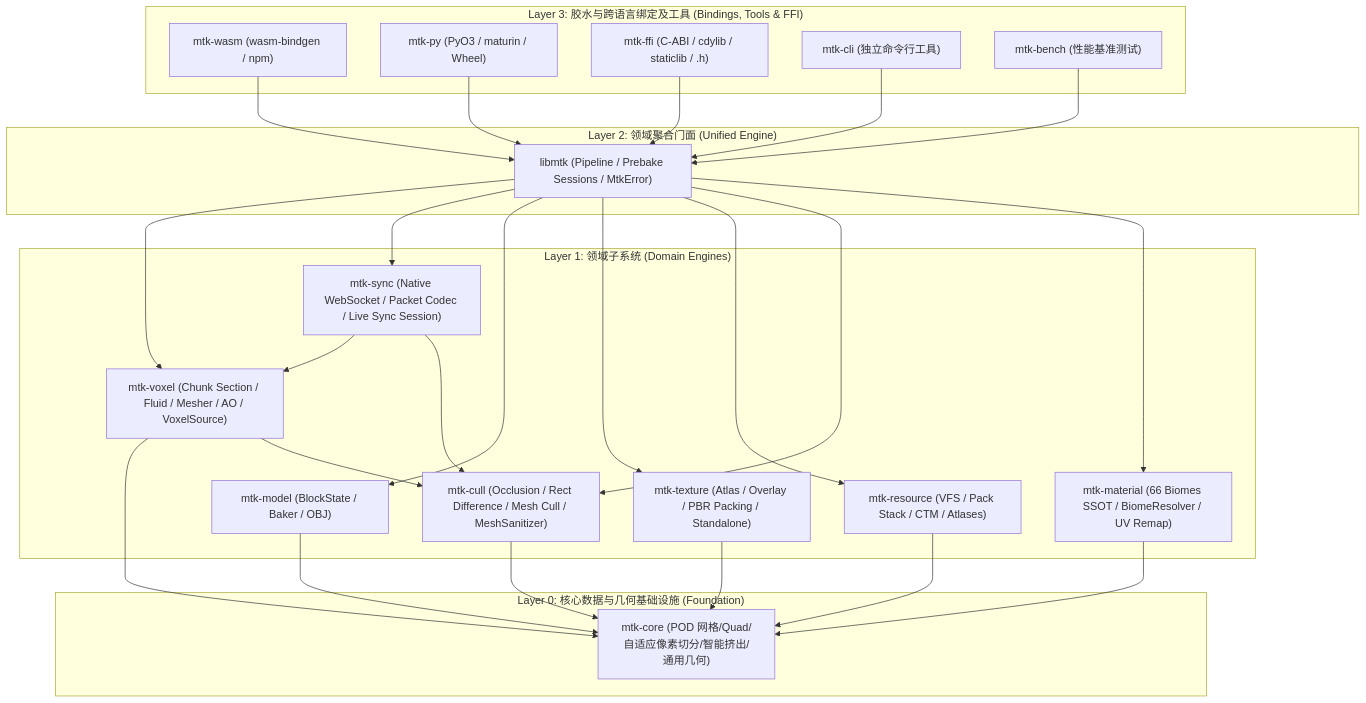
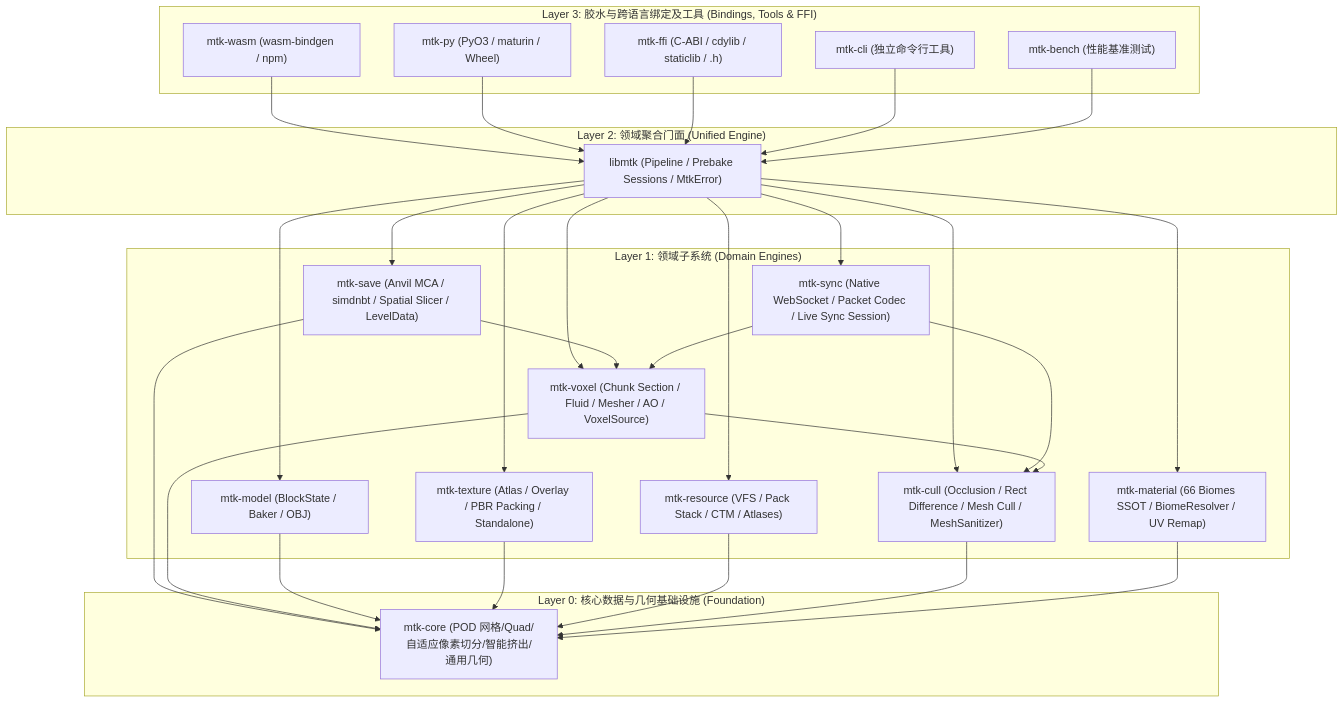
The diagram in docs/ARCHITECTURE.md (mozi1924/libmozitoolkit), drawn with Mermaid before and after one commit. The commit also changed other lines of this file and 19 other files, not shown here.

First line of the commit message:
feat(save): implement mtk-save crate and Python bindings for Minecraft saves

````diff
--- a/docs/ARCHITECTURE.md
+++ b/docs/ARCHITECTURE.md
@@ -18,52 +18,57 @@
 ```mermaid
 graph TD
     subgraph Layer3_Bindings["Layer 3: 胶水与跨语言绑定及工具 (Bindings, Tools & FFI)"]
         WASM["mtk-wasm (wasm-bindgen / npm)"]
         PY["mtk-py (PyO3 / maturin / Wheel)"]
         FFI["mtk-ffi (C-ABI / cdylib / staticlib / .h)"]
         CLI["mtk-cli (独立命令行工具)"]
         BENCH["mtk-bench (性能基准测试)"]
     end
 
     subgraph Layer2_Facade["Layer 2: 领域聚合门面 (Unified Engine)"]
         LIBMTK["libmtk (Pipeline / Prebake Sessions / MtkError)"]
     end
 
     subgraph Layer1_Domain["Layer 1: 领域子系统 (Domain Engines)"]
         VOXEL["mtk-voxel (Chunk Section / Fluid / Mesher / AO / VoxelSource)"]
         SYNC["mtk-sync (Native WebSocket / Packet Codec / Live Sync Session)"]
         MODEL["mtk-model (BlockState / Baker / OBJ)"]
         TEXTURE["mtk-texture (Atlas / Overlay / PBR Packing / Standalone)"]
         RESOURCE["mtk-resource (VFS / Pack Stack / CTM / Atlases)"]
         CULL["mtk-cull (Occlusion / Rect Difference / Mesh Cull / MeshSanitizer)"]
         MAT["mtk-material (66 Biomes SSOT / BiomeResolver / UV Remap)"]
+        SAVE["mtk-save (Anvil MCA / simdnbt / Spatial Slicer / LevelData)"]
     end
 
     subgraph Layer0_Core["Layer 0: 核心数据与几何基础设施 (Foundation)"]
         CORE["mtk-core (POD 网格/Quad/自适应像素切分/智能挤出/通用几何)"]
     end
 
     WASM --> LIBMTK
     PY --> LIBMTK
     FFI --> LIBMTK
     CLI --> LIBMTK
     BENCH --> LIBMTK
 
     LIBMTK --> VOXEL
     LIBMTK --> SYNC
     LIBMTK --> MODEL
     LIBMTK --> TEXTURE
     LIBMTK --> RESOURCE
     LIBMTK --> CULL
     LIBMTK --> MAT
+    LIBMTK --> SAVE
+
+    SAVE --> VOXEL
+    SAVE --> CORE
 
     SYNC --> VOXEL
     SYNC --> CULL
     VOXEL --> CORE
     VOXEL --> CULL
     MODEL --> CORE
     TEXTURE --> CORE
     RESOURCE --> CORE
     CULL --> CORE
     MAT --> CORE
 ```
````
